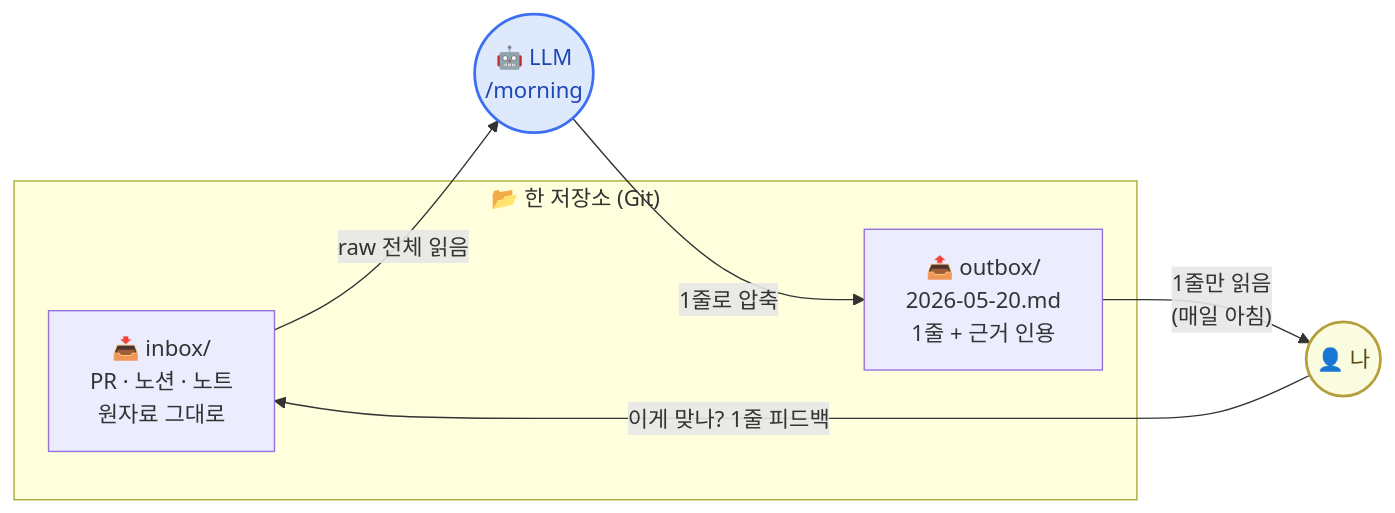
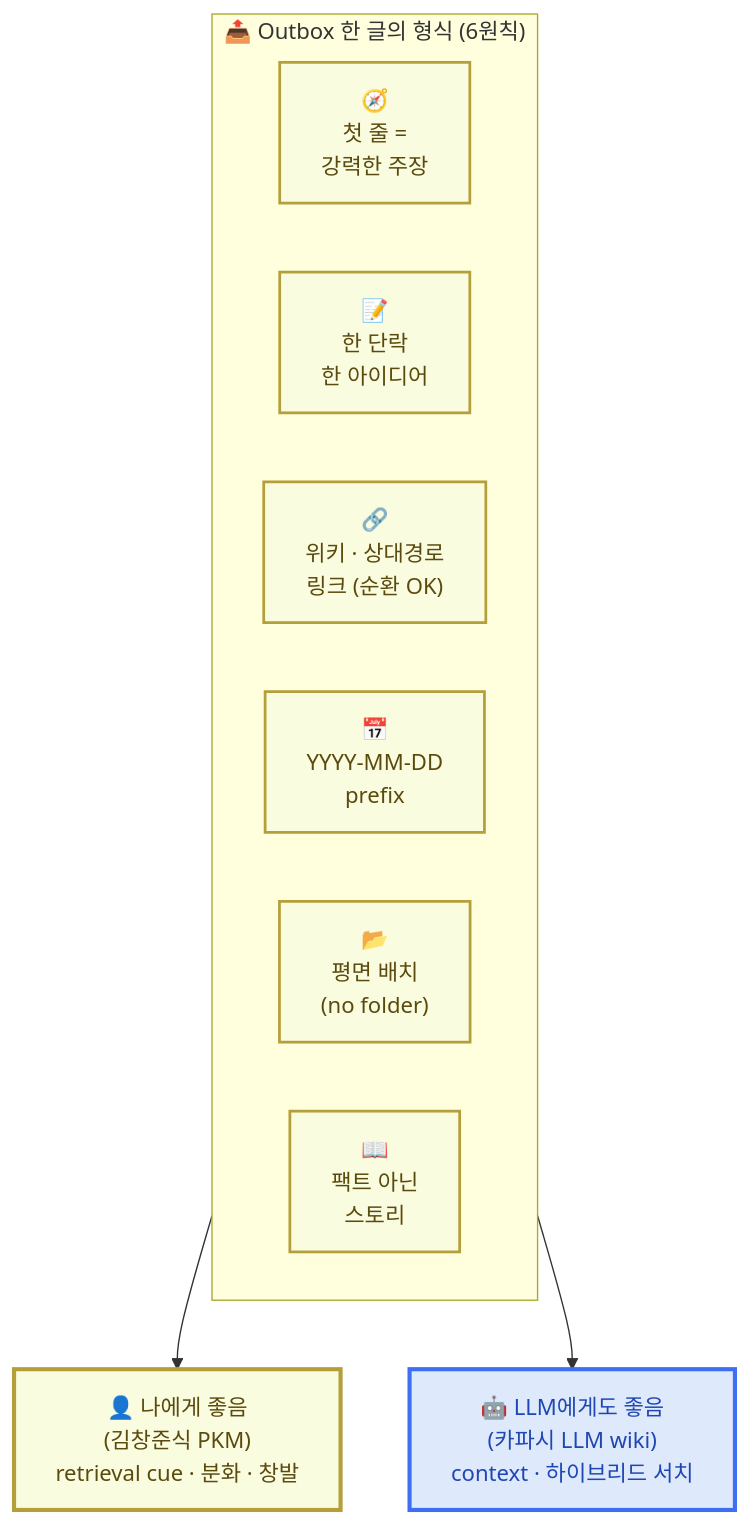
Before and after one commit to effectiveai-io/my-learning-agent: the third of 3 diagrams in content/week2/mechanism.mdx, drawn with Mermaid. The commit also changed other lines of this file and 1 other file, not shown here.

````diff
--- a/content/week2/mechanism.mdx
+++ b/content/week2/mechanism.mdx
@@ -42,20 +184,25 @@
 ```mermaid
-flowchart LR
-    subgraph Repo["📂 한 저장소 (Git)"]
-        IN["📥 inbox/<br/>PR · 노션 · 노트<br/>원자료 그대로"]
-        OUT["📤 outbox/<br/>2026-05-20.md<br/>1줄 + 근거 인용"]
+flowchart TB
+    subgraph Form["📤 Outbox 한 글의 형식 (6원칙)"]
+        direction LR
+        F1["🧭<br/>첫 줄 =<br/>강력한 주장"]
+        F2["📝<br/>한 단락<br/>한 아이디어"]
+        F3["🔗<br/>위키 · 상대경로<br/>링크 (순환 OK)"]
+        F4["📅<br/>YYYY-MM-DD<br/>prefix"]
+        F5["📂<br/>평면 배치<br/>(no folder)"]
+        F6["📖<br/>팩트 아닌<br/>스토리"]
     end
 
-    LLM(("🤖 LLM<br/>/morning"))
-    ME(("👤 나"))
+    Me["👤 나에게 좋음<br/>(김창준식 PKM)<br/>retrieval cue · 분화 · 창발"]
+    LLM["🤖 LLM에게도 좋음<br/>(카파시 LLM wiki)<br/>context · 하이브리드 서치"]
 
-    IN -- "raw 전체 읽음" --> LLM
-    LLM -- "1줄로 압축" --> OUT
-    OUT -- "1줄만 읽음<br/>(매일 아침)" --> ME
-    ME -- "이게 맞나? 1줄 피드백" --> IN
+    Form --> Me
+    Form --> LLM
 
-    classDef llmSide fill:#dee9fb,stroke:#3d6ff2,stroke-width:2px,color:#1f47b3
-    classDef humanSide fill:#fafce0,stroke:#b59f3b,stroke-width:2px,color:#5b4a0e
-    class LLM llmSide
-    class ME humanSide
+    classDef form fill:#fafce0,stroke:#b59f3b,stroke-width:2px,color:#5b4a0e
+    classDef human fill:#fafce0,stroke:#b59f3b,stroke-width:3px,color:#5b4a0e
+    classDef llm fill:#dee9fb,stroke:#3d6ff2,stroke-width:3px,color:#1f47b3
+    class F1,F2,F3,F4,F5,F6 form
+    class Me human
+    class LLM llm
 ```
````
